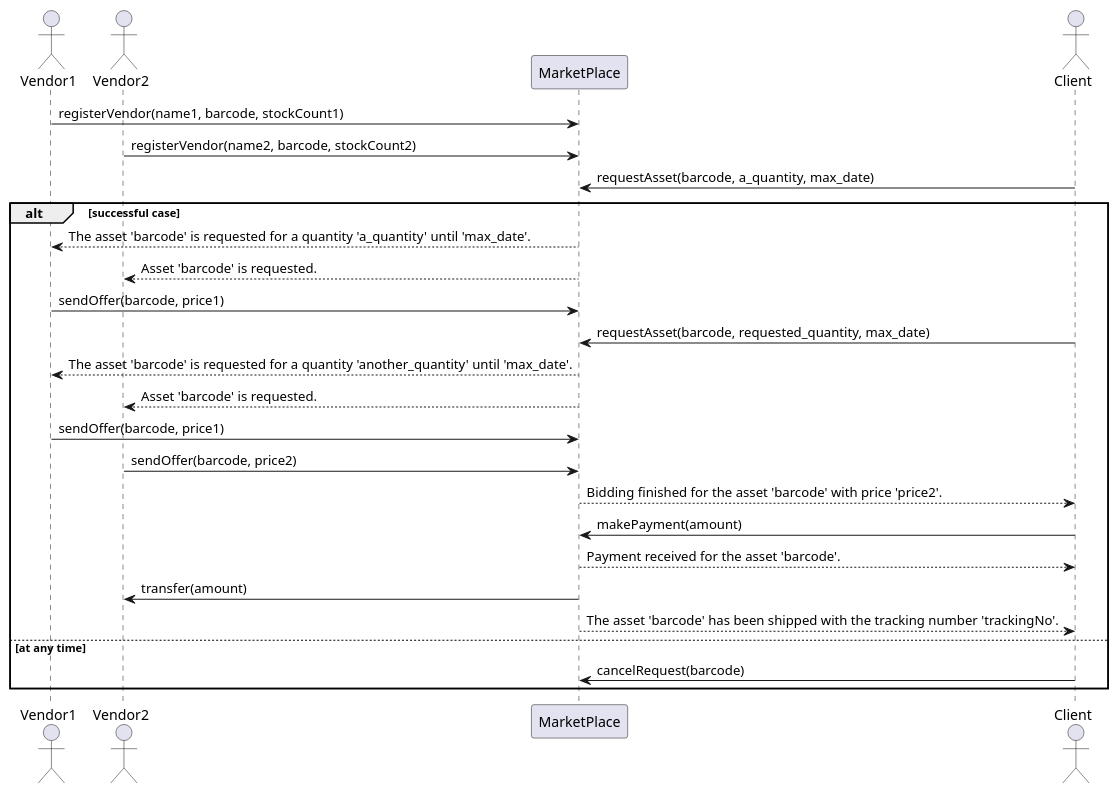
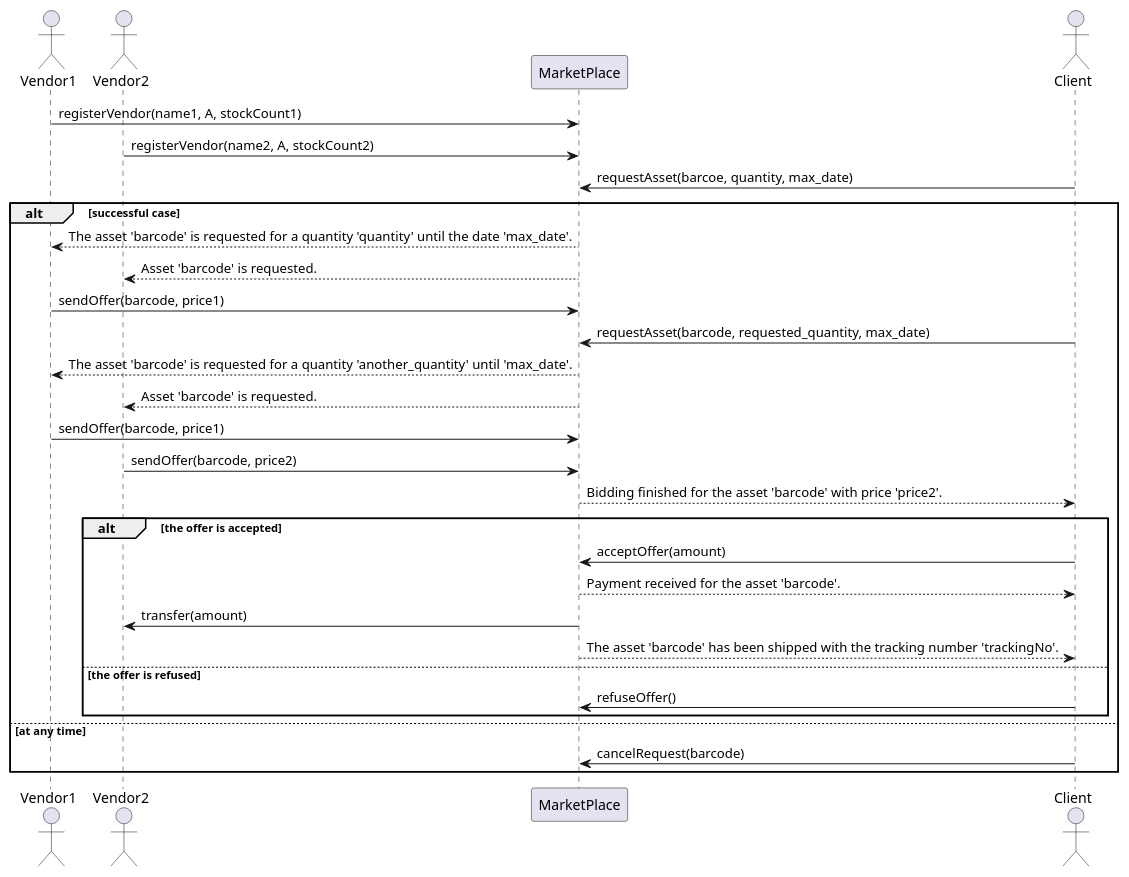
One commit to ogurcan/blockchain changed the diagram in ethereum/local-private-network/contracts/MarketPlace-v01/sequence_diagram.plantuml. Above: the diagram before and after it, drawn with PlantUML.

```diff
--- a/ethereum/local-private-network/contracts/MarketPlace-v01/sequence_diagram.plantuml
+++ b/ethereum/local-private-network/contracts/MarketPlace-v01/sequence_diagram.plantuml
@@ -1,28 +1,32 @@
 @startuml
 actor Vendor1
 actor Vendor2
 participant MarketPlace
 actor Client
 
-Vendor1->MarketPlace : registerVendor(name1, barcode, stockCount1)
-Vendor2->MarketPlace : registerVendor(name2, barcode, stockCount2)
-Client->MarketPlace : requestAsset(barcode, a_quantity, max_date)
+Vendor1->MarketPlace : registerVendor(name1, A, stockCount1)
+Vendor2->MarketPlace : registerVendor(name2, A, stockCount2)
+Client->MarketPlace : requestAsset(barcoe, quantity, max_date)
 
 alt successful case
-   MarketPlace-->Vendor1 : The asset 'barcode' is requested for a quantity 'a_quantity' until 'max_date'.
+   MarketPlace-->Vendor1 : The asset 'barcode' is requested for a quantity 'quantity' until the date 'max_date'.
    MarketPlace-->Vendor2 : Asset 'barcode' is requested.
    Vendor1->MarketPlace : sendOffer(barcode, price1)
    Client->MarketPlace : requestAsset(barcode, requested_quantity, max_date)
    MarketPlace-->Vendor1 : The asset 'barcode' is requested for a quantity 'another_quantity' until 'max_date'.
    MarketPlace-->Vendor2 : Asset 'barcode' is requested.
    Vendor1->MarketPlace : sendOffer(barcode, price1)
    Vendor2->MarketPlace : sendOffer(barcode, price2)
    MarketPlace-->Client : Bidding finished for the asset 'barcode' with price 'price2'.
-   Client->MarketPlace : makePayment(amount)
-   MarketPlace-->Client : Payment received for the asset 'barcode'.
-   MarketPlace-> Vendor2: transfer(amount)
-   MarketPlace-->Client : The asset 'barcode' has been shipped with the tracking number 'trackingNo'.
+   alt the offer is accepted
+      Client->MarketPlace : acceptOffer(amount)
+      MarketPlace-->Client : Payment received for the asset 'barcode'.
+      MarketPlace-> Vendor2: transfer(amount)
+      MarketPlace-->Client : The asset 'barcode' has been shipped with the tracking number 'trackingNo'.
+   else the offer is refused
+      Client->MarketPlace : refuseOffer()
+   end
 else at any time
    Client->MarketPlace : cancelRequest(barcode)
 end
 @enduml
```
